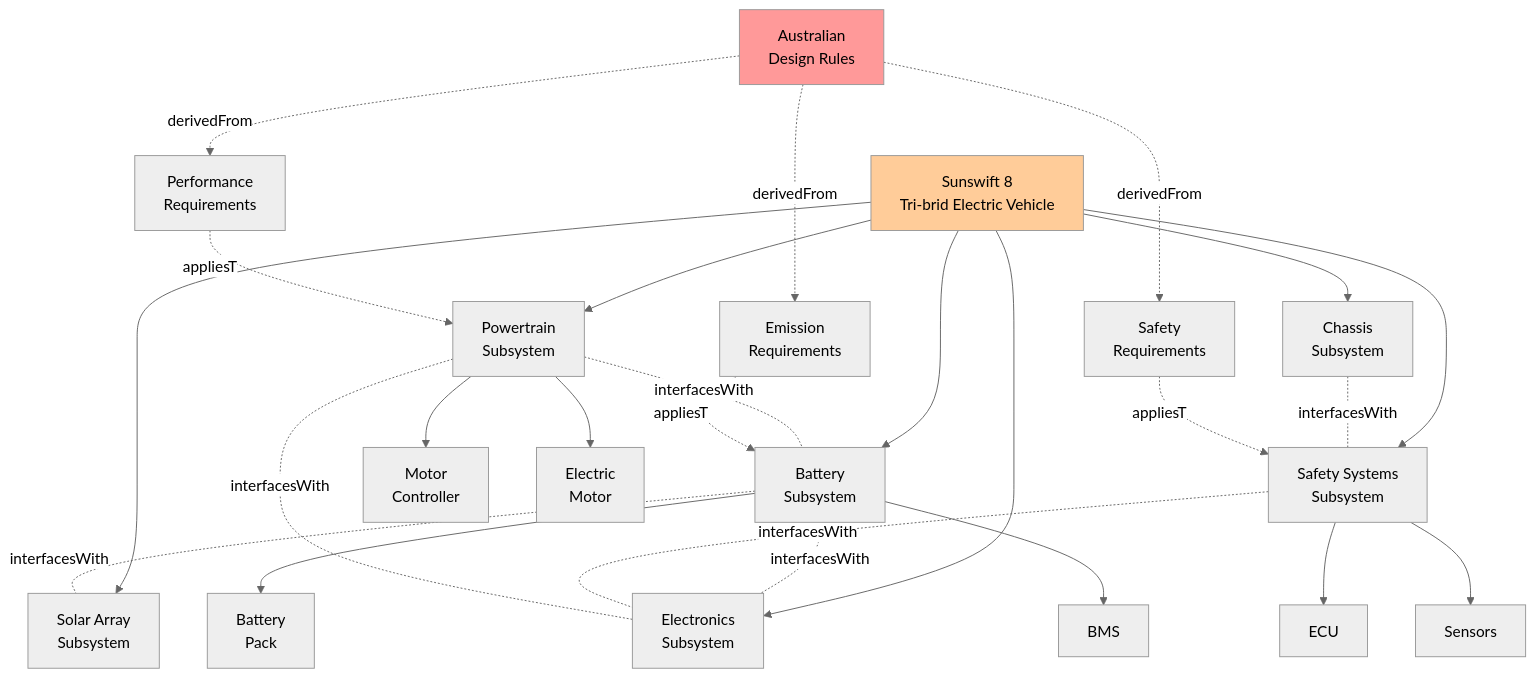
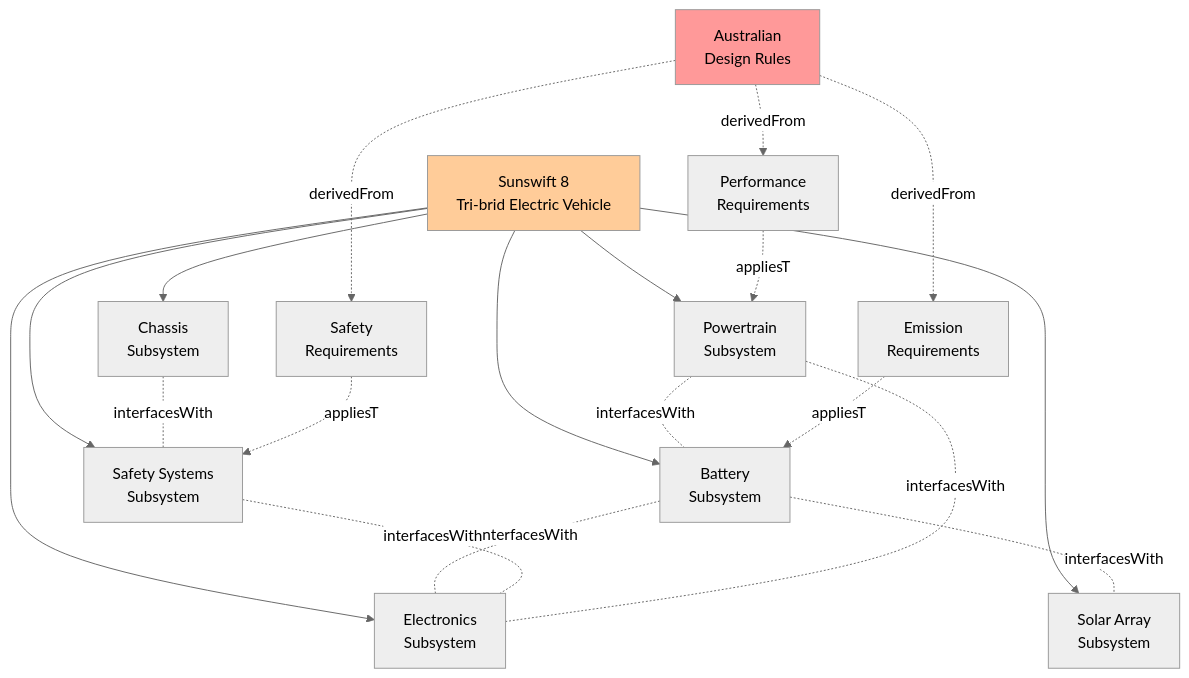
The second of 2 diagrams in docs/ontology.md (manansvr/Ontological-GraphRAG-Recommender), drawn with Mermaid (neutral theme) before and after one commit. The commit also changed other lines of this file and 4 other files, not shown here.

````diff
--- a/docs/ontology.md
+++ b/docs/ontology.md
@@ -1136,38 +476,29 @@
 ```mermaid
 graph TD
     SR8[Sunswift 8<br/>Tri-brid Electric Vehicle]
-    
+
     SR8 --> SS1[Powertrain<br/>Subsystem]
     SR8 --> SS2[Battery<br/>Subsystem]
     SR8 --> SS3[Solar Array<br/>Subsystem]
     SR8 --> SS4[Chassis<br/>Subsystem]
     SR8 --> SS5[Safety Systems<br/>Subsystem]
     SR8 --> SS6[Electronics<br/>Subsystem]
-    
+
     SS1 -.interfacesWith.- SS2
     SS2 -.interfacesWith.- SS3
     SS2 -.interfacesWith.- SS6
     SS4 -.interfacesWith.- SS5
     SS5 -.interfacesWith.- SS6
     SS1 -.interfacesWith.- SS6
-    
-    SS1 --> C1[Motor<br/>Controller]
-    SS1 --> C2[Electric<br/>Motor]
-    
-    SS2 --> C3[Battery<br/>Pack]
-    SS2 --> C4[BMS]
-    
-    SS5 --> C5[ECU]
-    SS5 --> C6[Sensors]
-    
+
     ADR[Australian<br/>Design Rules] -.derivedFrom.-> R1[Safety<br/>Requirements]
     ADR -.derivedFrom.-> R2[Performance<br/>Requirements]
     ADR -.derivedFrom.-> R3[Emission<br/>Requirements]
-    
+
     R1 -.appliesTo.-> SS5
     R2 -.appliesTo.-> SS1
     R3 -.appliesTo.-> SS2
-    
+
     style SR8 fill:#ffcc99
     style ADR fill:#ff9999
 ```
````
